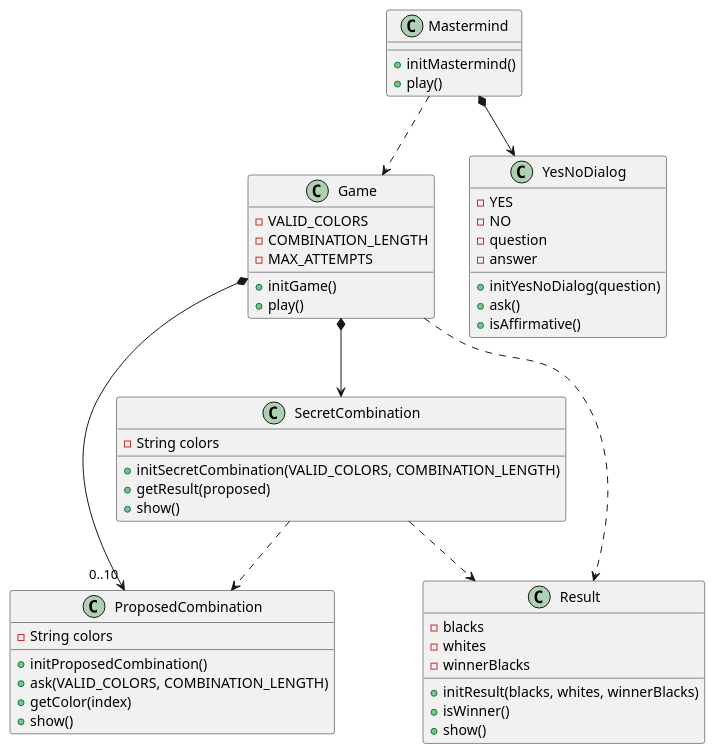
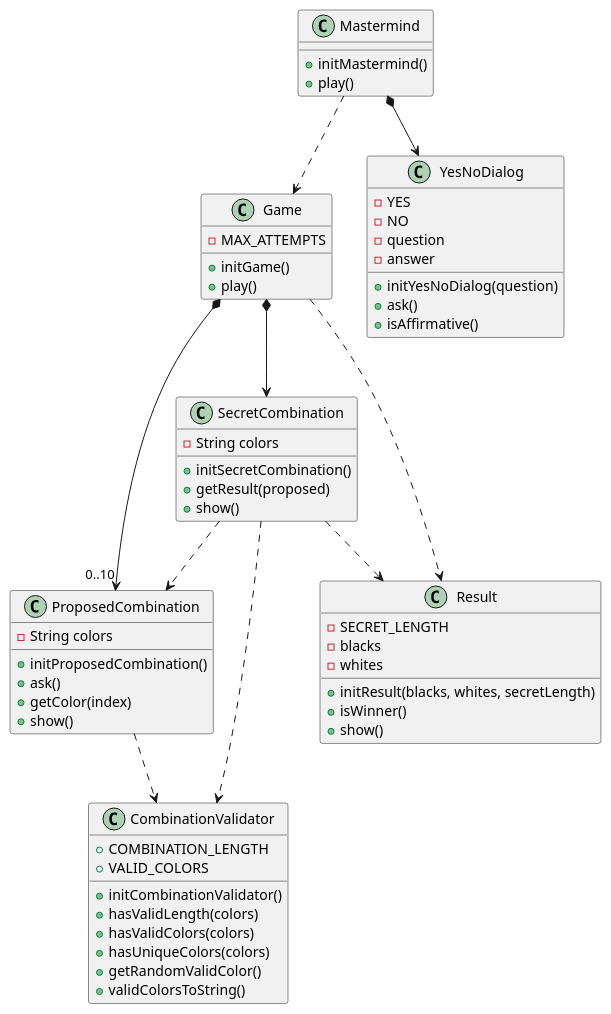
The diagram in docs/dev-resume/analysis.plantuml (PabloMartinFluvia/myGame-mastermind), drawn with PlantUML before and after one commit. The commit also changed 5 other files, not shown here.

```diff
--- a/docs/dev-resume/analysis.plantuml
+++ b/docs/dev-resume/analysis.plantuml
@@ -1,62 +1,75 @@
 @startuml analysis
 
 class Mastermind{  
 
     + initMastermind()
     + play()    
 }
 Mastermind ..> Game
 Mastermind *--> YesNoDialog
 
 class Game{
-    - VALID_COLORS
-    - COMBINATION_LENGTH    
     - MAX_ATTEMPTS
 
     + initGame()
     + play()      
 }
 Game *--> SecretCombination
 Game *--> "0..10" ProposedCombination
 Game .down.> Result
 
 class SecretCombination{
     - String colors
     
-    + initSecretCombination(VALID_COLORS, COMBINATION_LENGTH)    
+    + initSecretCombination()    
     + getResult(proposed)
     + show()    
+
 }
+SecretCombination .down.> CombinationValidator
 SecretCombination .down.> ProposedCombination
 SecretCombination .down.> Result
+
+class CombinationValidator{
+    + COMBINATION_LENGTH
+    + VALID_COLORS    
+
+    + initCombinationValidator()
+    + hasValidLength(colors)
+    + hasValidColors(colors)
+    + hasUniqueColors(colors)
+    + getRandomValidColor()
+    + validColorsToString()
+}
 
 class ProposedCombination{
     - String colors    
 
     + initProposedCombination()
-    + ask(VALID_COLORS, COMBINATION_LENGTH)   
+    + ask()   
     + getColor(index)
     + show() 
 }
+ProposedCombination .down.> CombinationValidator
 
 class Result{
+    - SECRET_LENGTH
     - blacks
     - whites
-    - winnerBlacks
 
-    + initResult(blacks, whites, winnerBlacks)
+    + initResult(blacks, whites, secretLength)
     + isWinner()
     + show()    
 }
 
 class YesNoDialog {
     - YES
     - NO
     - question
     - answer    
 
     + initYesNoDialog(question)
     + ask()
     + isAffirmative()
 }
 @enduml
```
